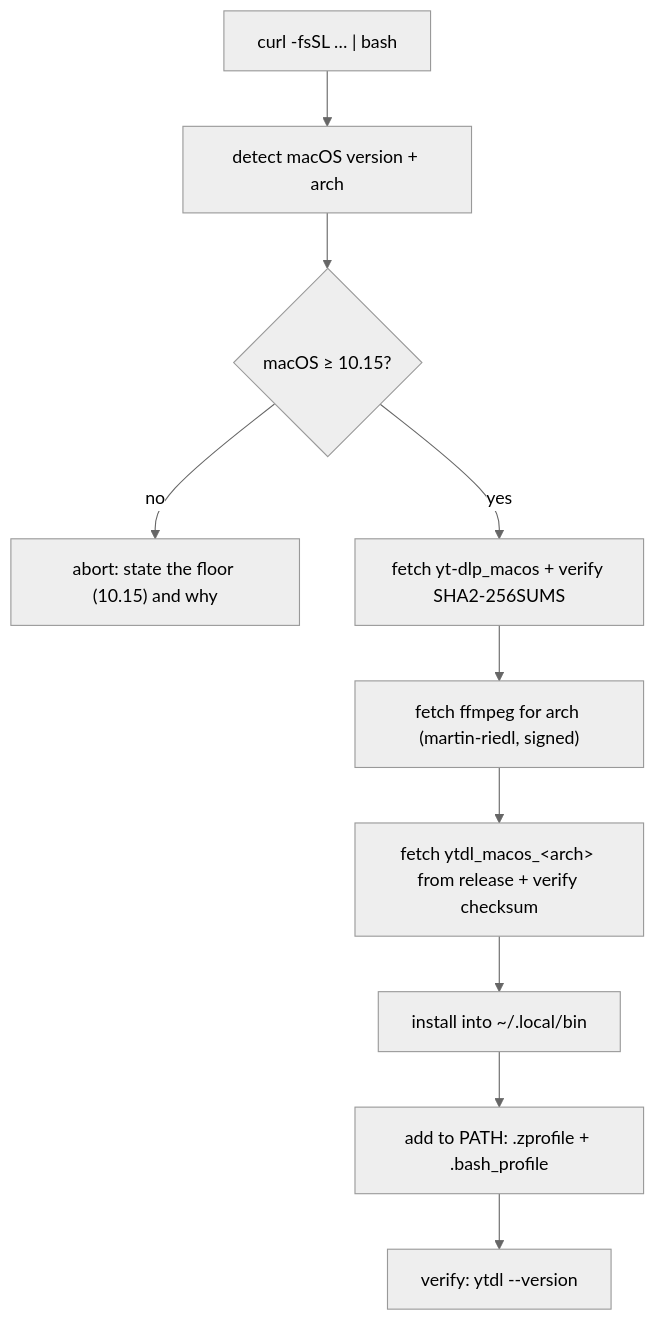
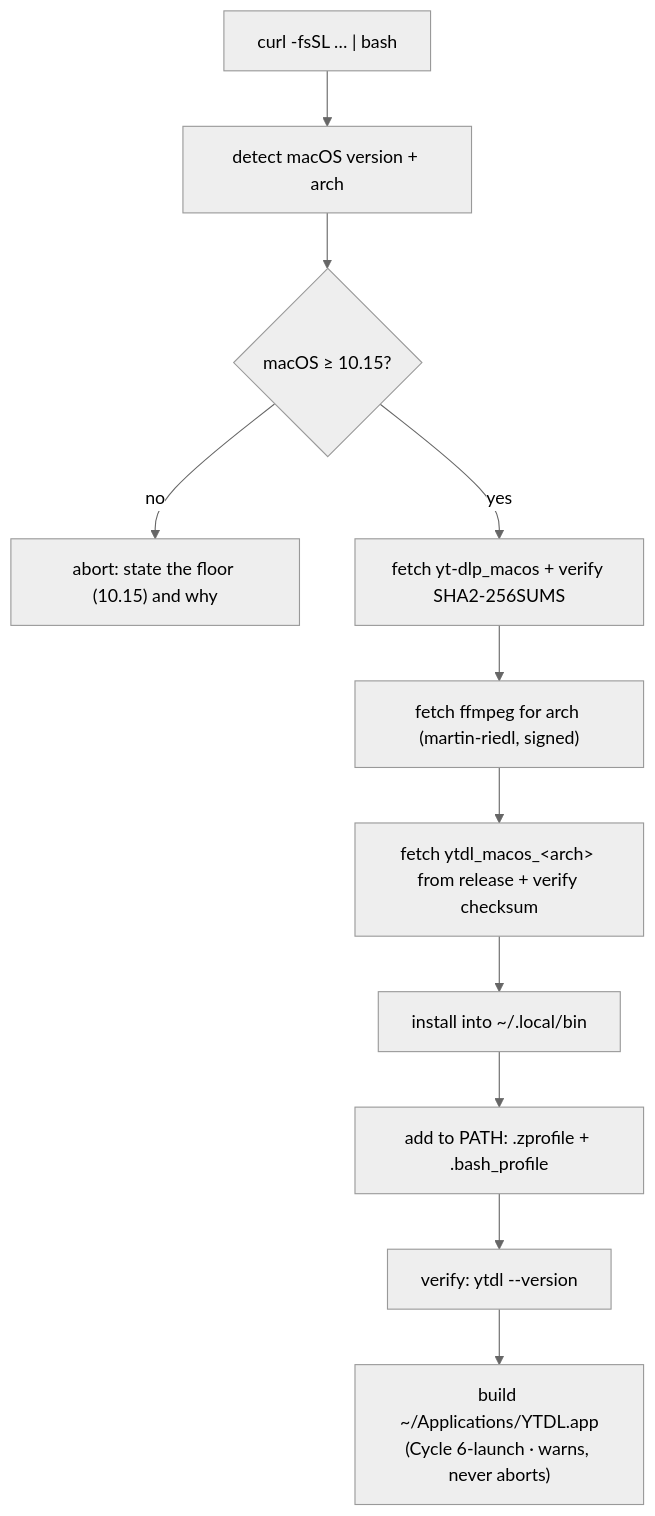
Before and after one commit to alergyonthestage/ytdl: the diagram in docs/maintainers/distribution/design/distribution.md, drawn with Mermaid (neutral theme). The commit also changed other lines of this file and 8 other files, not shown here.

````diff
--- a/docs/maintainers/distribution/design/distribution.md
+++ b/docs/maintainers/distribution/design/distribution.md
@@ -142,12 +155,13 @@
 ```mermaid
 flowchart TD
     A["curl -fsSL … | bash"] --> B["detect macOS version + arch"]
     B --> C{"macOS &ge; 10.15?"}
     C -->|no| F["abort: state the floor (10.15) and why"]
     C -->|yes| D["fetch yt-dlp_macos + verify SHA2-256SUMS"]
     D --> K["fetch ffmpeg for arch (martin-riedl, signed)"]
     K --> Y["fetch ytdl_macos_&lt;arch&gt; from release + verify checksum"]
     Y --> L["install into ~/.local/bin"]
     L --> M["add to PATH: .zprofile + .bash_profile"]
     M --> N["verify: ytdl --version"]
+    N --> P["build ~/Applications/YTDL.app<br/>(Cycle 6-launch · warns, never aborts)"]
 ```
````
